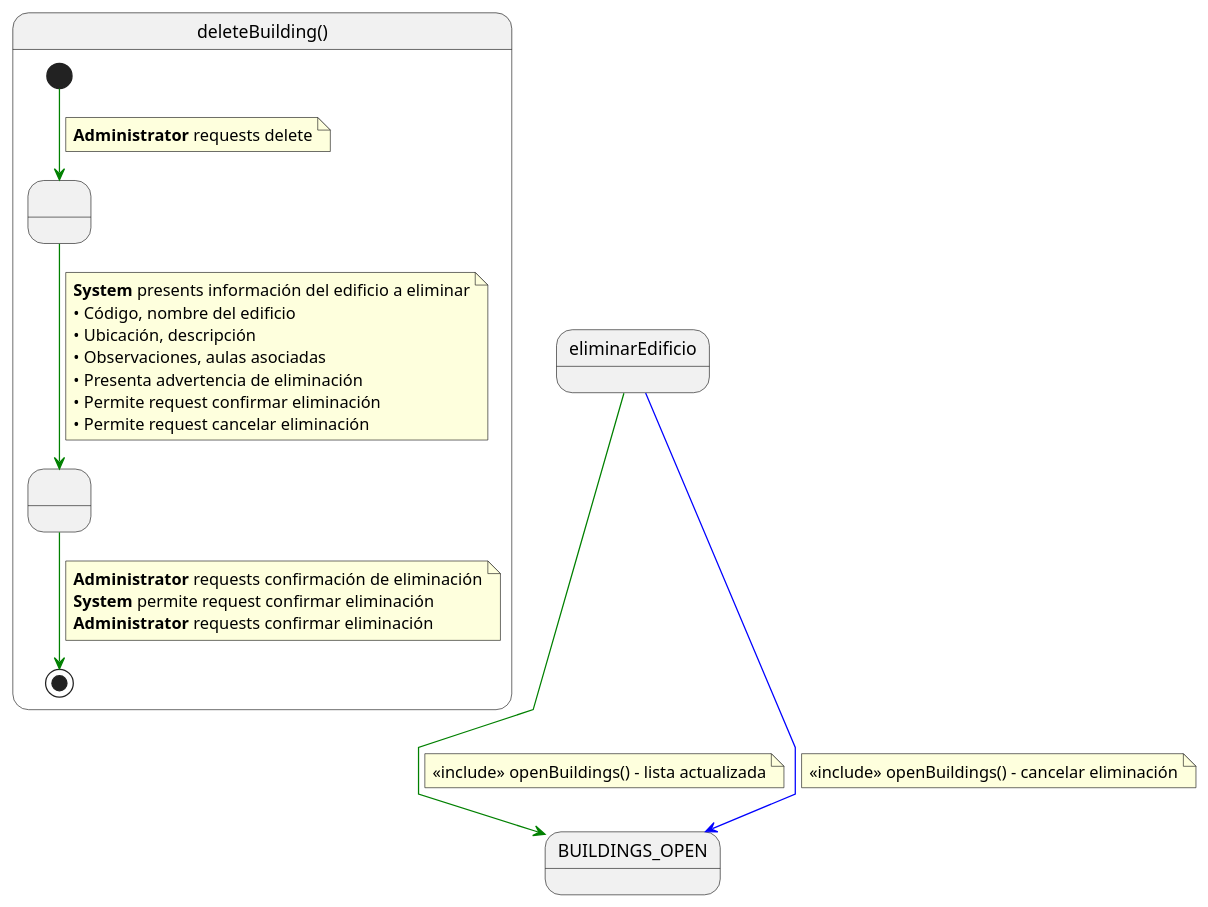
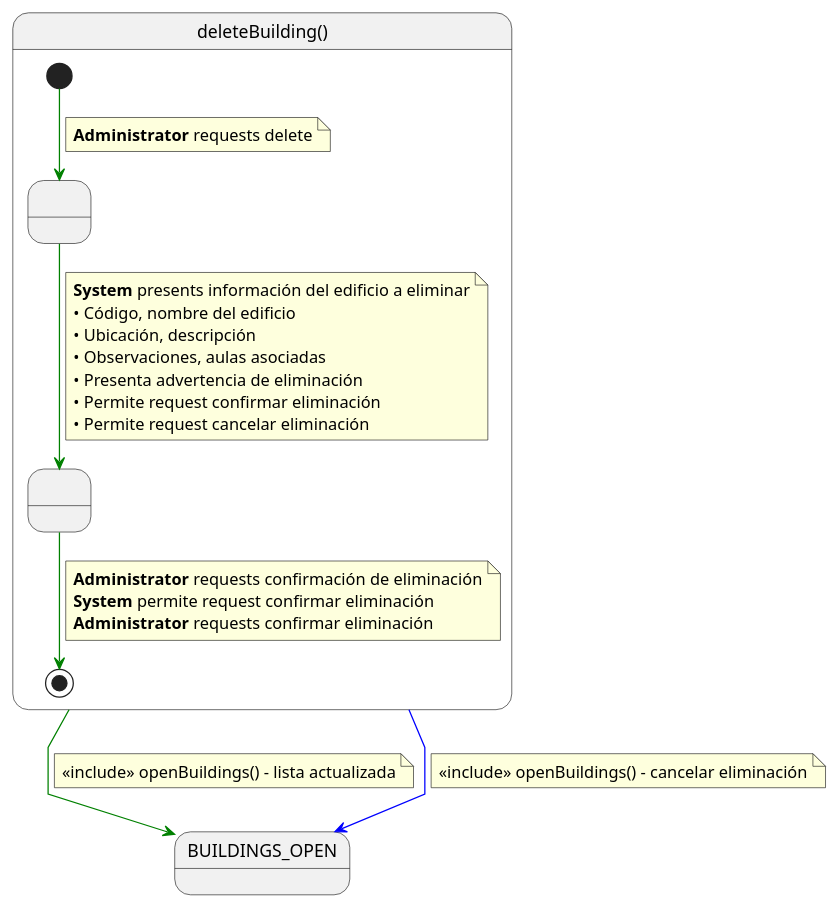
One commit to mmasias/pySigHor changed the diagram in RUP/00-casos-uso/02-detalle/eliminarEdificio/especificacion.puml. Above: the diagram before and after it, drawn with PlantUML. The commit also changed 22 other files, not shown here.

```diff
--- a/RUP/00-casos-uso/02-detalle/eliminarEdificio/especificacion.puml
+++ b/RUP/00-casos-uso/02-detalle/eliminarEdificio/especificacion.puml
@@ -1,44 +1,44 @@
 @startuml deleteBuilding
 
 skinparam linetype polyline
 
 state deleteBuilding as "deleteBuilding()" {
 
     state " " as ConfirmandoEliminacion
     state " " as EliminandoEdificio
 
     [*] -[#green]-> ConfirmandoEliminacion 
     note on link
     <b>Administrator</b> requests delete
     end note    
     
     ConfirmandoEliminacion -[#green]-> EliminandoEdificio
     note on link
     <b>System</b> presents información del edificio a eliminar
     • Código, nombre del edificio
     • Ubicación, descripción
     • Observaciones, aulas asociadas
     • Presenta advertencia de eliminación
     • Permite request confirmar eliminación
     • Permite request cancelar eliminación
     end note
     
     EliminandoEdificio -[#green]-> [*]
     note on link
     <b>Administrator</b> requests confirmación de eliminación
     <b>System</b> permite request confirmar eliminación
     <b>Administrator</b> requests confirmar eliminación
     end note
 }
 
-eliminarEdificio -[#green]-> BUILDINGS_OPEN
+deleteBuilding -[#green]-> BUILDINGS_OPEN
 note on link
 <<include>> openBuildings() - lista actualizada
 end note
 
-eliminarEdificio -[#blue]-> BUILDINGS_OPEN
+deleteBuilding -[#blue]-> BUILDINGS_OPEN
 note on link
 <<include>> openBuildings() - cancelar eliminación
 end note
 
 @enduml
```
